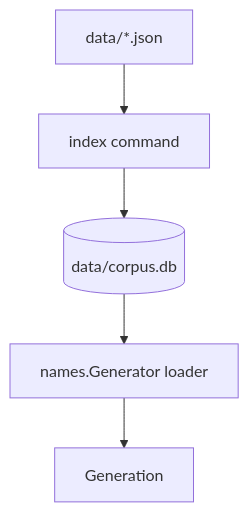
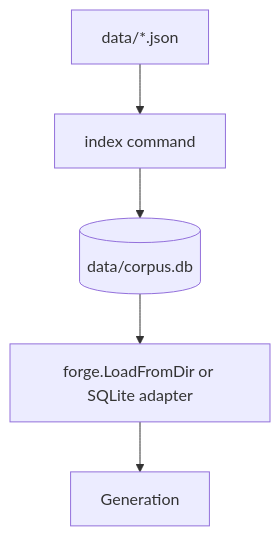
The diagram in planning/EMBEDDED-INDEX.md (ridespirals/vargames-name-gen), drawn with Mermaid before and after one commit. The commit also changed other lines of this file and 27 other files, not shown here.

````diff
--- a/planning/EMBEDDED-INDEX.md
+++ b/planning/EMBEDDED-INDEX.md
@@ -26,7 +26,7 @@
 ```mermaid
 flowchart TB
   JSON[data/*.json] --> Import[index command]
   Import --> DB[(data/corpus.db)]
-  DB --> Loader[names.Generator loader]
+  DB --> Loader[forge.LoadFromDir or SQLite adapter]
   Loader --> Generate[Generation]
 ```
````
